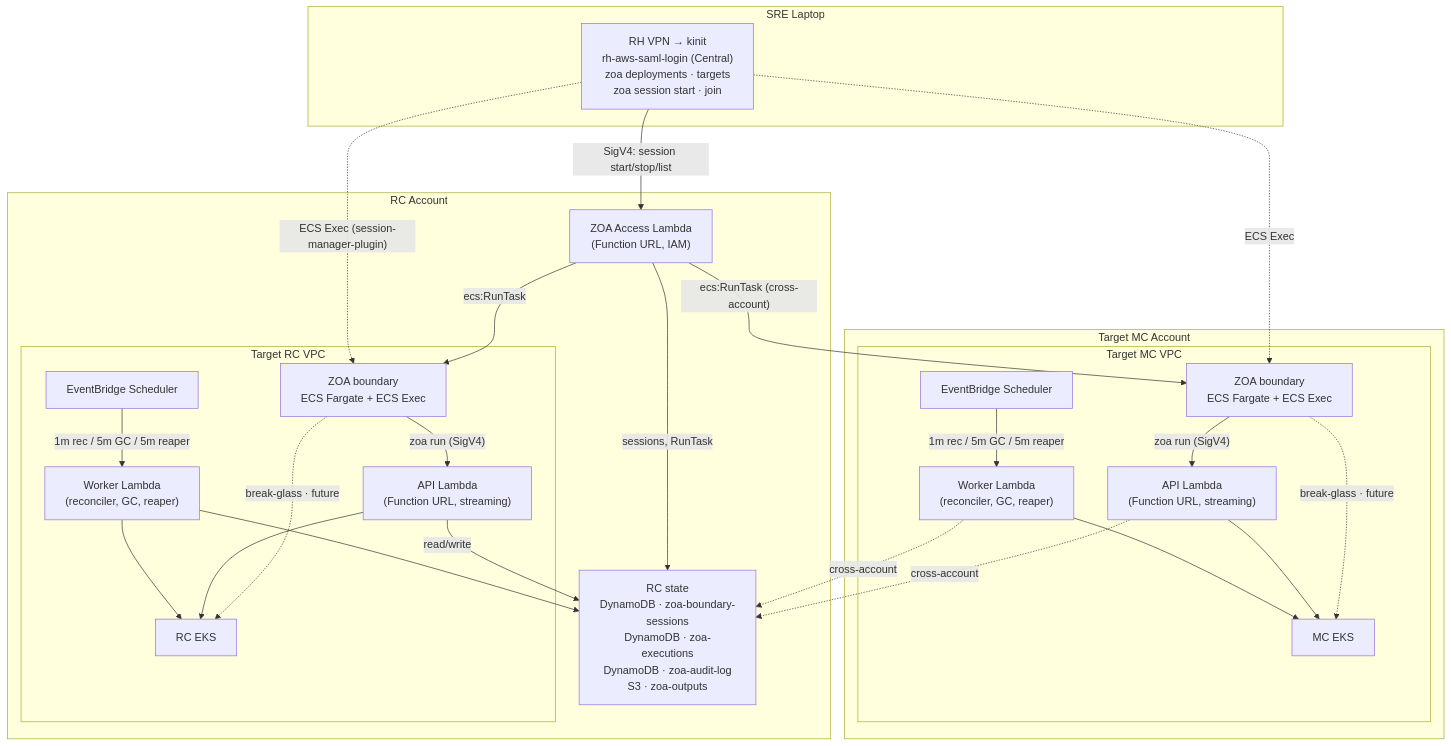
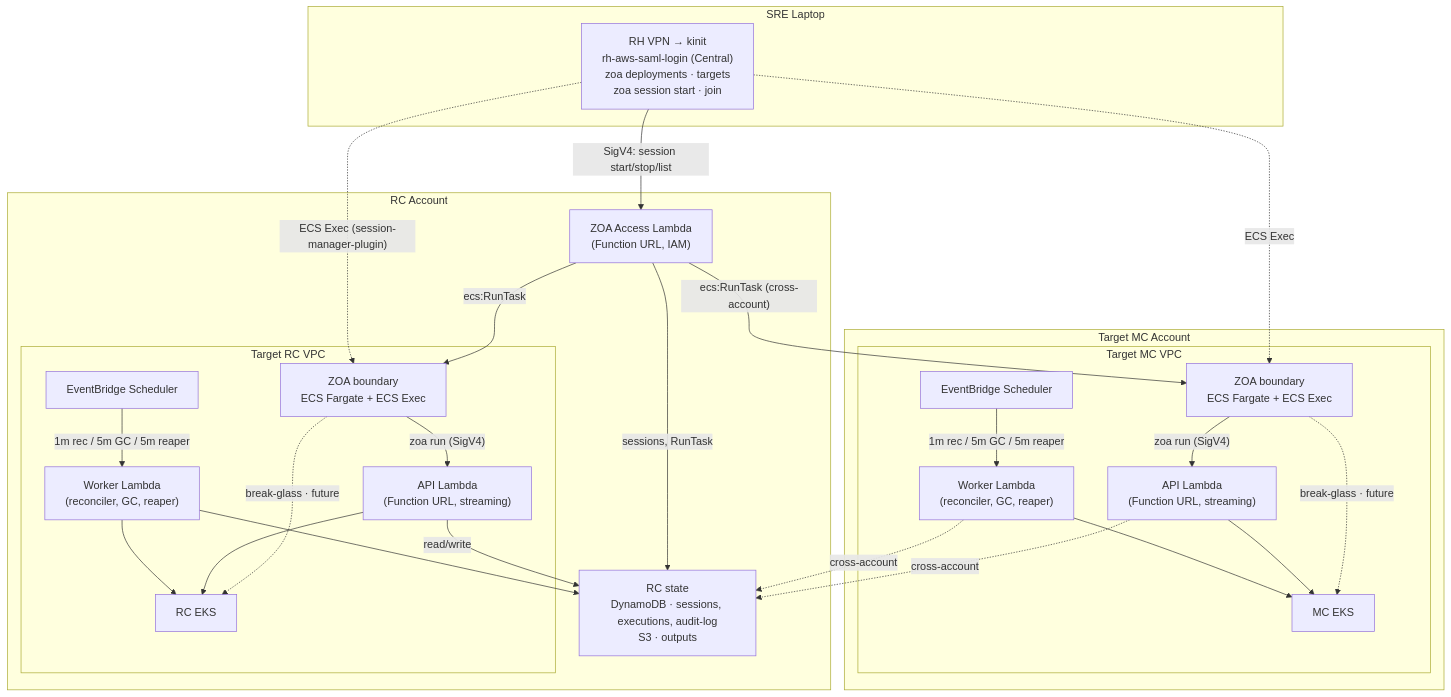
Before and after one commit to slopezz/rosa-hyperfleet-zoa: the diagram in README.md, drawn with Mermaid.

Commit message:
ROSAENG-68805 | docs: compact RC state node in README diagram
Use two-line DynamoDB vs S3 summary so Mermaid layout stays balanced.

````diff
--- a/README.md
+++ b/README.md
@@ -75,55 +75,55 @@
 ```mermaid
 graph TD
     subgraph laptop["SRE Laptop"]
         L["RH VPN → kinit<br/>rh-aws-saml-login (Central)<br/>zoa deployments · targets<br/>zoa session start · join"]
     end
 
     subgraph rc["RC Account"]
         ACCESS["ZOA Access Lambda<br/>(Function URL, IAM)"]
-        STATE["RC state<br/>DynamoDB · zoa-boundary-sessions<br/>DynamoDB · zoa-executions<br/>DynamoDB · zoa-audit-log<br/>S3 · zoa-outputs"]
+        STATE["RC state<br/>DynamoDB · sessions, executions, audit-log<br/>S3 · outputs"]
         subgraph rc_vpc["Target RC VPC"]
             BOUNDARY_RC["ZOA boundary<br/>ECS Fargate + ECS Exec"]
             EB_RC["EventBridge Scheduler"]
             API_RC["API Lambda<br/>(Function URL, streaming)"]
             WORKER_RC["Worker Lambda<br/>(reconciler, GC, reaper)"]
             EKS_RC["RC EKS"]
         end
     end
 
     subgraph mc["Target MC Account"]
         subgraph mc_vpc["Target MC VPC"]
             BOUNDARY_MC["ZOA boundary<br/>ECS Fargate + ECS Exec"]
             EB_MC["EventBridge Scheduler"]
             API_MC["API Lambda<br/>(Function URL, streaming)"]
             WORKER_MC["Worker Lambda<br/>(reconciler, GC, reaper)"]
             EKS_MC["MC EKS"]
         end
     end
 
     L -->|"SigV4: session start/stop/list"| ACCESS
     ACCESS -->|"sessions, RunTask"| STATE
     ACCESS -->|"ecs:RunTask"| BOUNDARY_RC
     ACCESS -->|"ecs:RunTask (cross-account)"| BOUNDARY_MC
 
     L -.->|"ECS Exec (session-manager-plugin)"| BOUNDARY_RC
     L -.->|"ECS Exec"| BOUNDARY_MC
 
     BOUNDARY_RC -->|"zoa run (SigV4)"| API_RC
     BOUNDARY_MC -->|"zoa run (SigV4)"| API_MC
 
     BOUNDARY_RC -.->|"break-glass · future"| EKS_RC
     BOUNDARY_MC -.->|"break-glass · future"| EKS_MC
 
     EB_RC -->|"1m rec / 5m GC / 5m reaper"| WORKER_RC
     EB_MC -->|"1m rec / 5m GC / 5m reaper"| WORKER_MC
 
     API_RC --> EKS_RC
     WORKER_RC --> EKS_RC
     API_MC --> EKS_MC
     WORKER_MC --> EKS_MC
 
     API_RC -->|"read/write"| STATE
     WORKER_RC --> STATE
     API_MC -.->|"cross-account"| STATE
     WORKER_MC -.->|"cross-account"| STATE
 ```
````
